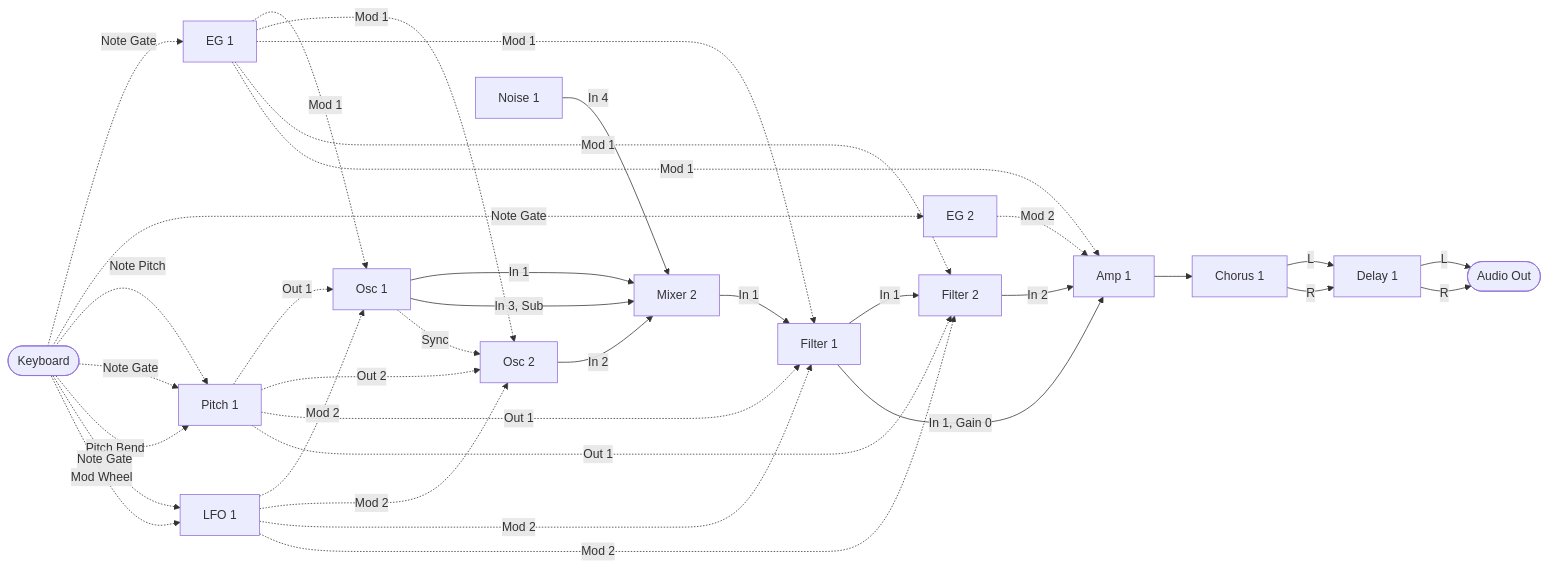
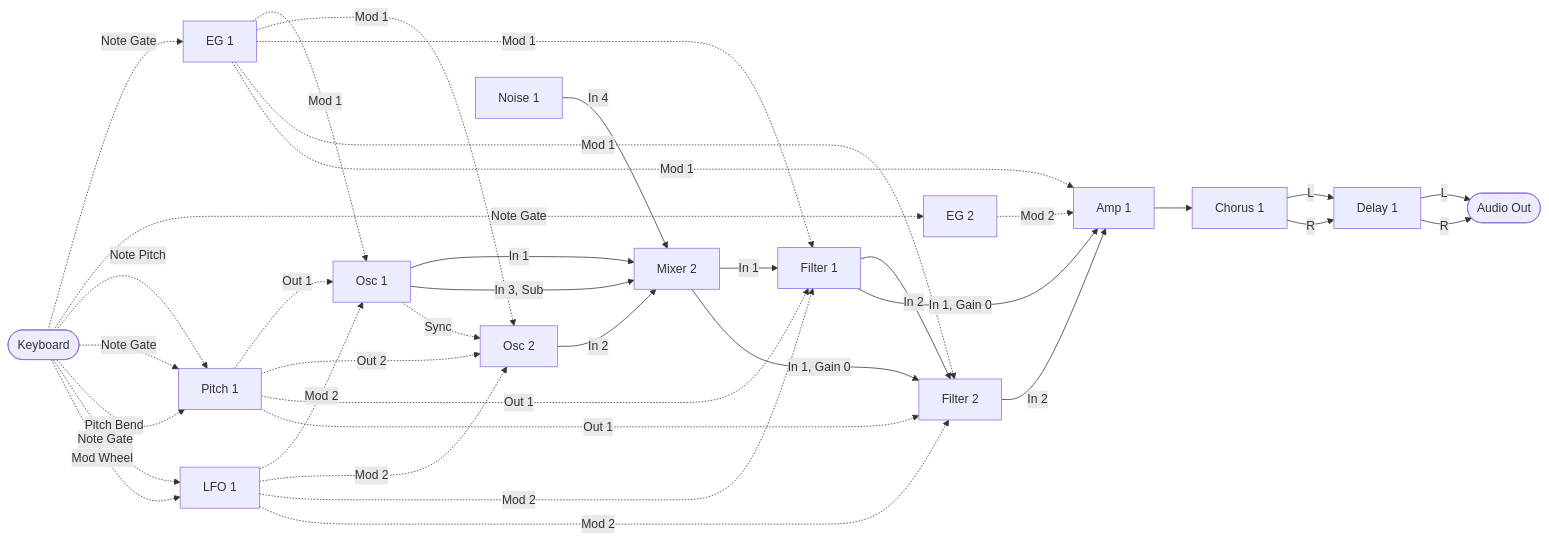
The diagram in spms1_type2/README.ja.md (risgk/midi_synthesizer_spms1), drawn with Mermaid before and after one commit. The commit also changed other lines of this file and 9 other files, not shown here.

First line of the commit message:
type-2: Filter 2 takes Filter 1 on Audio In 2 and Mixer 2 on Audio In 1 at a gain of 0.0, so that the gains alone set the filters in parallel

````diff
--- a/spms1_type2/README.ja.md
+++ b/spms1_type2/README.ja.md
@@ -233,55 +233,56 @@
 ```mermaid
 flowchart LR
   KBD([Keyboard])
   PITCH[Pitch 1]
   LFO[LFO 1]
   EG[EG 1]
   EG2[EG 2]
   OSC[Osc 1]
   OSC2[Osc 2]
   NOISE[Noise 1]
   MIX2[Mixer 2]
   FILTER[Filter 1]
   FILTER2[Filter 2]
   AMP[Amp 1]
   CHORUS[Chorus 1]
   DELAY[Delay 1]
   OUT([Audio Out])
 
   OSC -->|In 1| MIX2
   OSC2 -->|In 2| MIX2
   OSC -->|In 3, Sub| MIX2
   NOISE -->|In 4| MIX2
   MIX2 -->|In 1| FILTER
-  FILTER -->|In 1| FILTER2
+  MIX2 -->|In 1, Gain 0| FILTER2
+  FILTER -->|In 2| FILTER2
   FILTER -->|In 1, Gain 0| AMP
   FILTER2 -->|In 2| AMP
   AMP --> CHORUS
   CHORUS -->|L| DELAY
   CHORUS -->|R| DELAY
   DELAY -->|L| OUT
   DELAY -->|R| OUT
 
   KBD -. Note Gate .-> EG
   KBD -. Note Gate .-> EG2
   KBD -. Note Pitch .-> PITCH
   KBD -. Note Gate .-> PITCH
   KBD -. Pitch Bend .-> PITCH
   PITCH -. Out 1 .-> OSC
   EG -. Mod 1 .-> OSC
   LFO -. Mod 2 .-> OSC
   PITCH -. Out 2 .-> OSC2
   EG -. Mod 1 .-> OSC2
   LFO -. Mod 2 .-> OSC2
   EG -. Mod 1 .-> FILTER
   LFO -. Mod 2 .-> FILTER
   PITCH -. Out 1 .-> FILTER
   EG -. Mod 1 .-> FILTER2
   LFO -. Mod 2 .-> FILTER2
   PITCH -. Out 1 .-> FILTER2
   EG -. Mod 1 .-> AMP
   EG2 -. Mod 2 .-> AMP
   OSC -. Sync .-> OSC2
   KBD -. Note Gate .-> LFO
   KBD -. Mod Wheel .-> LFO
 ```
````
